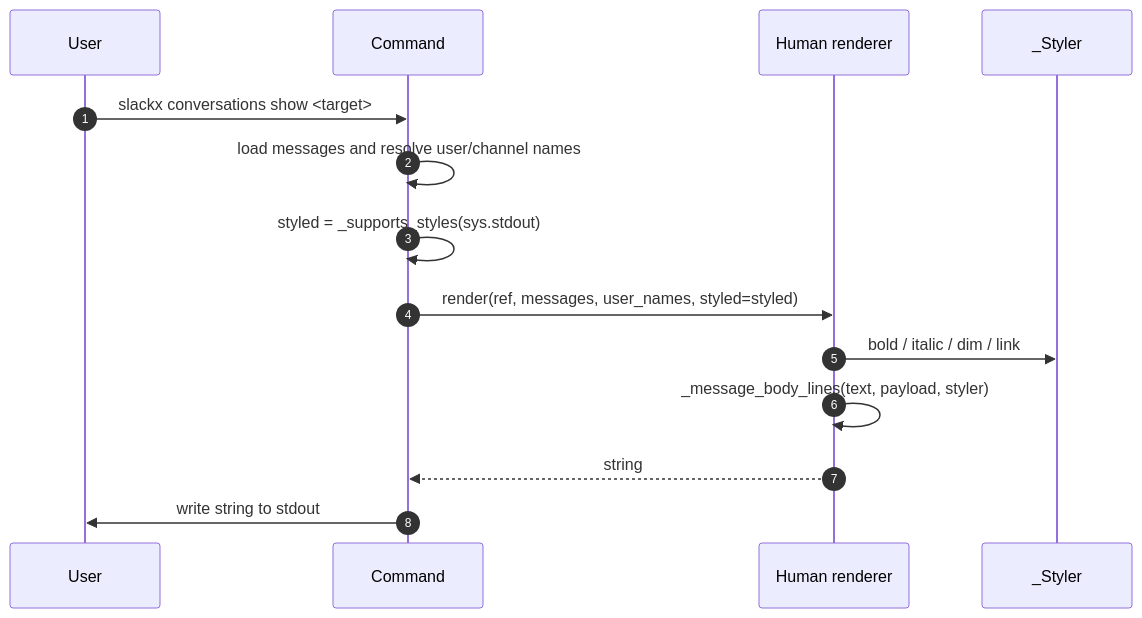
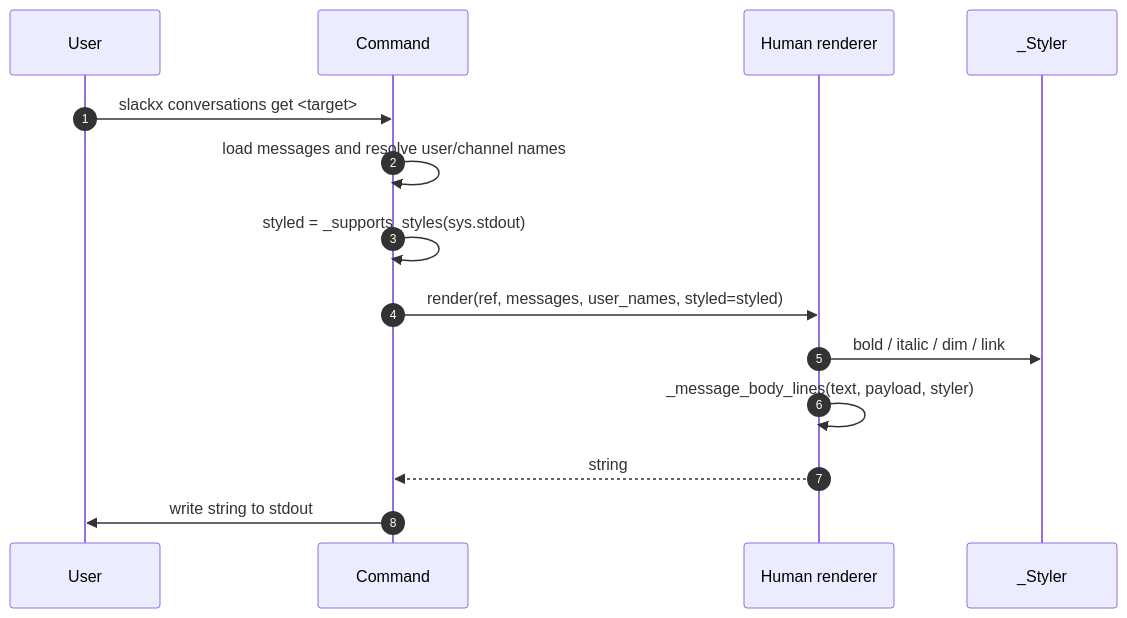
Before and after one commit to TomzxCode/slackx: the second of 4 diagrams in .sdlc/features/p6-message-rendering/specification.md, drawn with Mermaid. The commit also changed other lines of this file and 25 other files, not shown here.

First line of the commit message:
docs: document get commands and show aliases

````diff
--- a/.sdlc/features/p6-message-rendering/specification.md
+++ b/.sdlc/features/p6-message-rendering/specification.md
@@ -112,16 +112,16 @@
 ```mermaid
 sequenceDiagram
     autonumber
     participant U as User
     participant CMD as Command
     participant R as Human renderer
     participant S as _Styler
-    U->>CMD: slackx conversations show <target>
+    U->>CMD: slackx conversations get <target>
     CMD->>CMD: load messages and resolve user/channel names
     CMD->>CMD: styled = _supports_styles(sys.stdout)
     CMD->>R: render(ref, messages, user_names, styled=styled)
     R->>S: bold / italic / dim / link
     R->>R: _message_body_lines(text, payload, styler)
     R-->>CMD: string
     CMD->>U: write string to stdout
 ```
````
